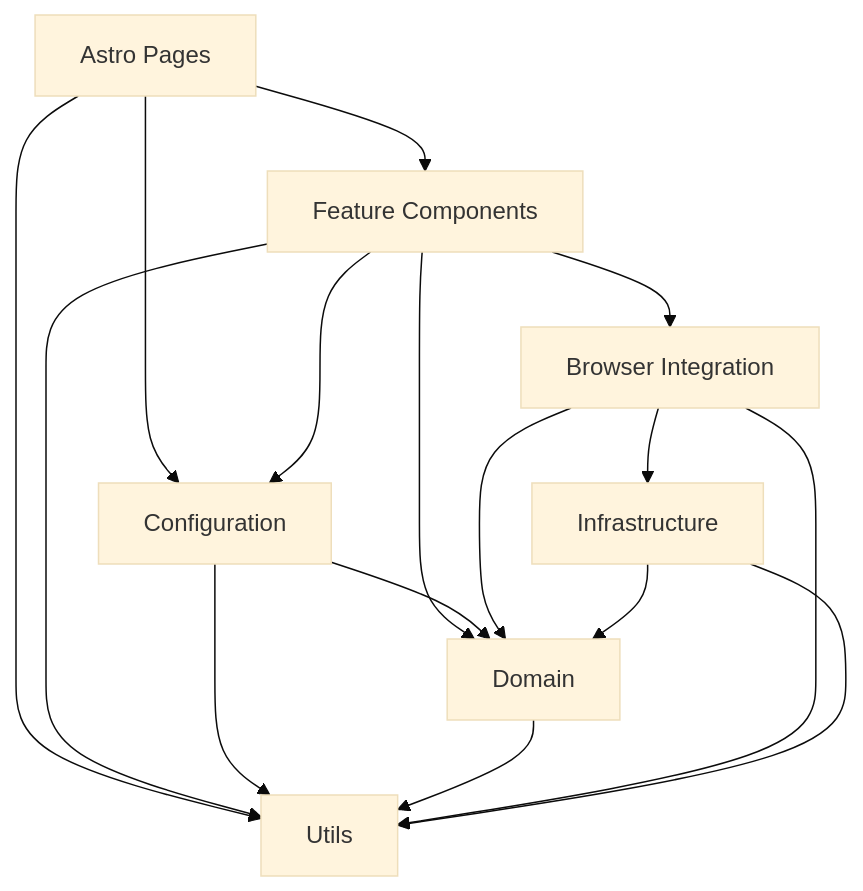
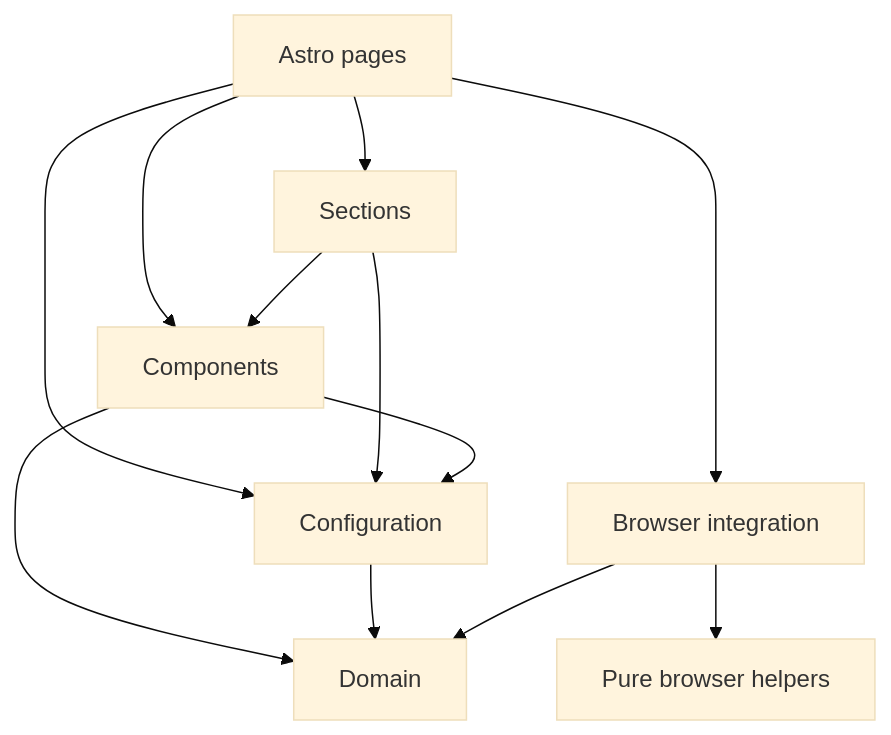
The second of 2 diagrams in docs/ARCHITECTURE.md (KelvinJoelC/earth-mamas-kitchen), drawn with Mermaid (base theme) before and after one commit. The commit also changed other lines of this file and 5 other files, not shown here.

````diff
--- a/docs/ARCHITECTURE.md
+++ b/docs/ARCHITECTURE.md
@@ -139,19 +204,14 @@
 ```mermaid
 flowchart TD
-    Pages["Astro Pages"] --> Components["Feature Components"]
-    Pages --> Configuration
+    Pages["Astro pages"] --> Sections["Sections"]
+    Pages --> Components["Components"]
+    Pages --> Configuration["Configuration"]
+    Sections --> Components
+    Sections --> Configuration
     Components --> Configuration
-    Components --> Domain
-    Components --> Browser["Browser Integration"]
+    Components --> Domain["Domain"]
     Configuration --> Domain
-    Browser --> Domain
-    Browser --> Infrastructure
-    Infrastructure --> Domain
-
-    Pages --> Utils
-    Components --> Utils
-    Configuration --> Utils
-    Domain --> Utils
-    Browser --> Utils
-    Infrastructure --> Utils
+    Browser["Browser integration"] --> Domain
+    Browser --> EmailContent["Pure browser helpers"]
+    Pages --> Browser
 ```
````
